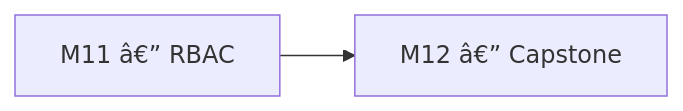
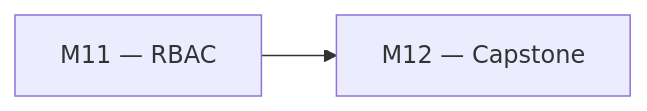
One commit to msellamiTN/data-plateform-iac changed the first of 2 diagrams in courses/day-05/module-11-rbac/lab.md. Above: the diagram before and after it, drawn with Mermaid. The commit also changed other lines of this file and 235 other files, not shown here.

````diff
--- a/courses/day-05/module-11-rbac/lab.md
+++ b/courses/day-05/module-11-rbac/lab.md
@@ -55,4 +55,4 @@
 ```mermaid
 flowchart LR
-    M11[M11 â€” RBAC] --> M12[M12 â€” Capstone]
+    M11[M11 — RBAC] --> M12[M12 — Capstone]
 ```
````
